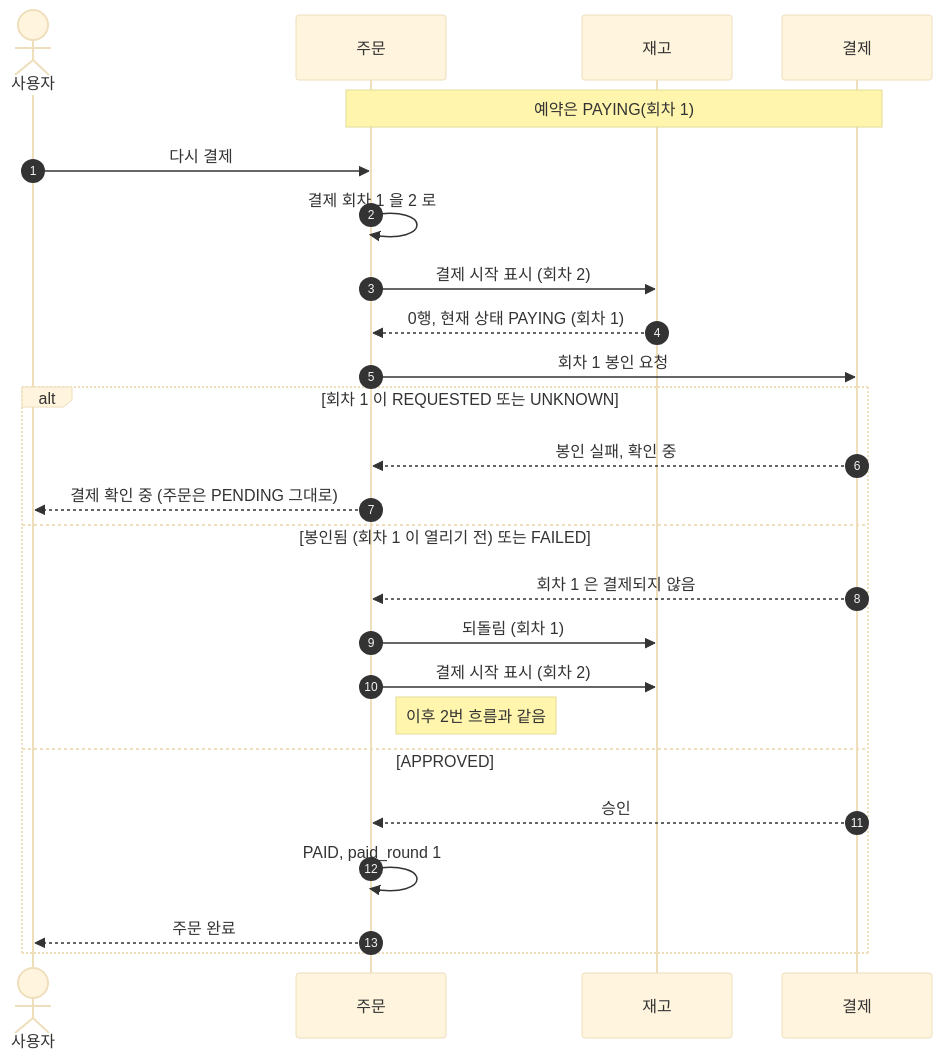
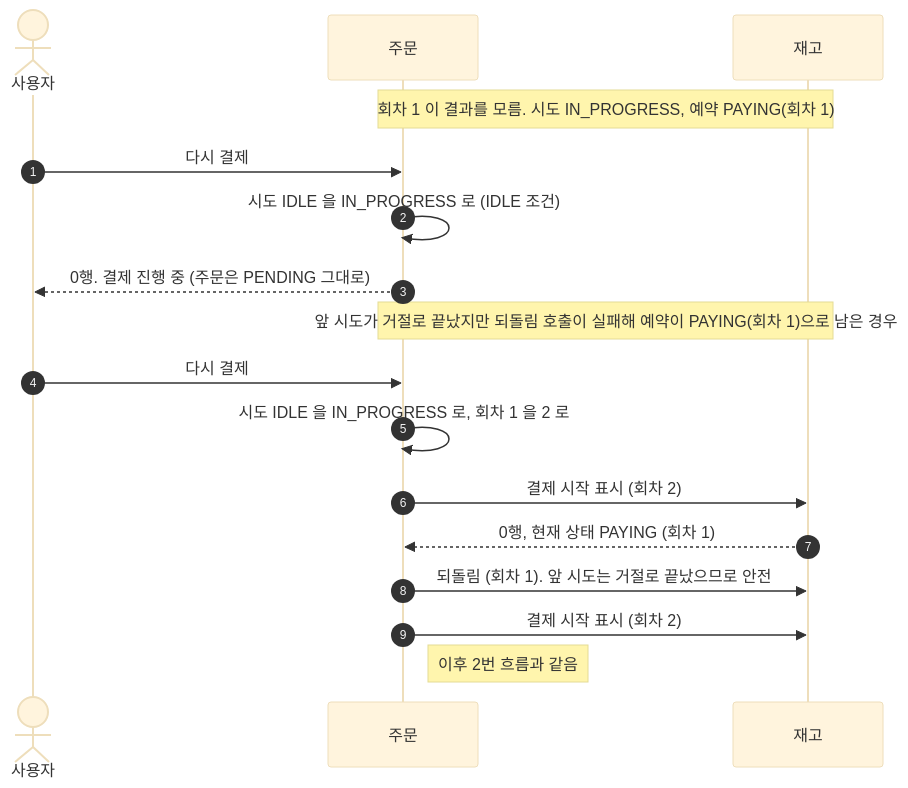
Before and after one commit to Bamdule/dawn-delivery-commerce: the fourth of 6 diagrams in docs/sequence/01-주문과-결제.md, drawn with Mermaid (base theme). The commit also changed other lines of this file and 12 other files, not shown here.

````diff
--- a/docs/sequence/01-주문과-결제.md
+++ b/docs/sequence/01-주문과-결제.md
@@ -148,28 +151,21 @@
 ```mermaid
 sequenceDiagram
     autonumber
     actor 사용자
     participant 주문
     participant 재고
-    participant 결제
 
-    Note over 주문,결제: 예약은 PAYING(회차 1)
+    Note over 주문,재고: 회차 1 이 결과를 모름. 시도 IN_PROGRESS, 예약 PAYING(회차 1)
     사용자->>주문: 다시 결제
-    주문->>주문: 결제 회차 1 을 2 로
+    주문->>주문: 시도 IDLE 을 IN_PROGRESS 로 (IDLE 조건)
+    주문-->>사용자: 0행. 결제 진행 중 (주문은 PENDING 그대로)
+
+    Note over 주문,재고: 앞 시도가 거절로 끝났지만 되돌림 호출이 실패해 예약이 PAYING(회차 1)으로 남은 경우
+    사용자->>주문: 다시 결제
+    주문->>주문: 시도 IDLE 을 IN_PROGRESS 로, 회차 1 을 2 로
     주문->>재고: 결제 시작 표시 (회차 2)
     재고-->>주문: 0행, 현재 상태 PAYING (회차 1)
-    주문->>결제: 회차 1 봉인 요청
-    alt 회차 1 이 REQUESTED 또는 UNKNOWN
-        결제-->>주문: 봉인 실패, 확인 중
-        주문-->>사용자: 결제 확인 중 (주문은 PENDING 그대로)
-    else 봉인됨 (회차 1 이 열리기 전) 또는 FAILED
-        결제-->>주문: 회차 1 은 결제되지 않음
-        주문->>재고: 되돌림 (회차 1)
-        주문->>재고: 결제 시작 표시 (회차 2)
-        Note right of 주문: 이후 2번 흐름과 같음
-    else APPROVED
-        결제-->>주문: 승인
-        주문->>주문: PAID, paid_round 1
-        주문-->>사용자: 주문 완료
-    end
+    주문->>재고: 되돌림 (회차 1). 앞 시도는 거절로 끝났으므로 안전
+    주문->>재고: 결제 시작 표시 (회차 2)
+    Note right of 주문: 이후 2번 흐름과 같음
 ```
````
